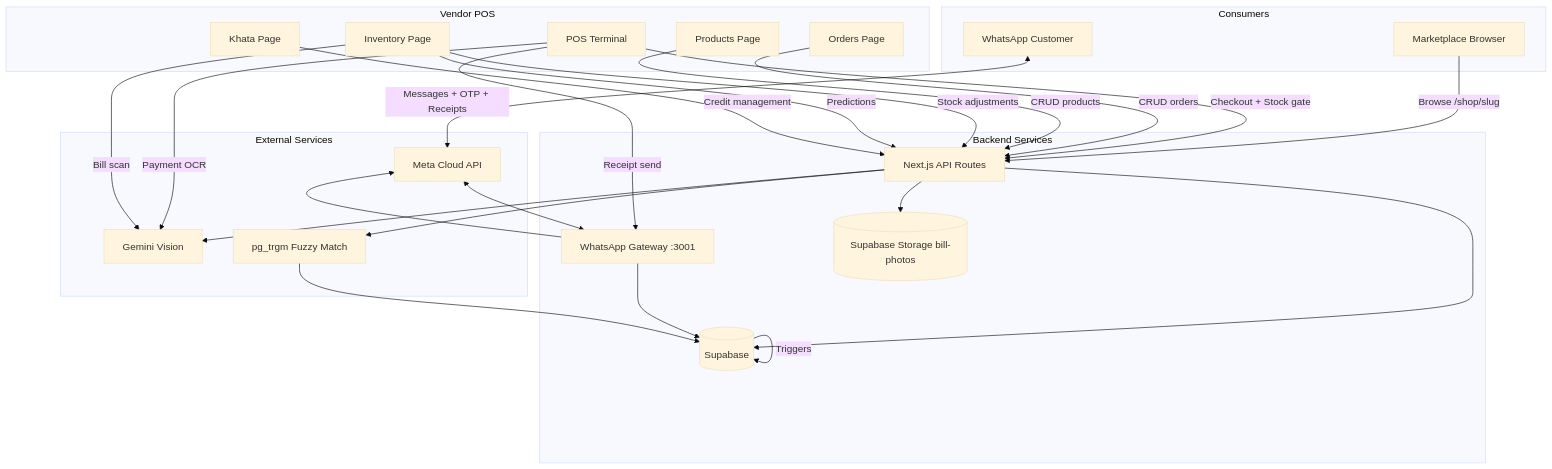
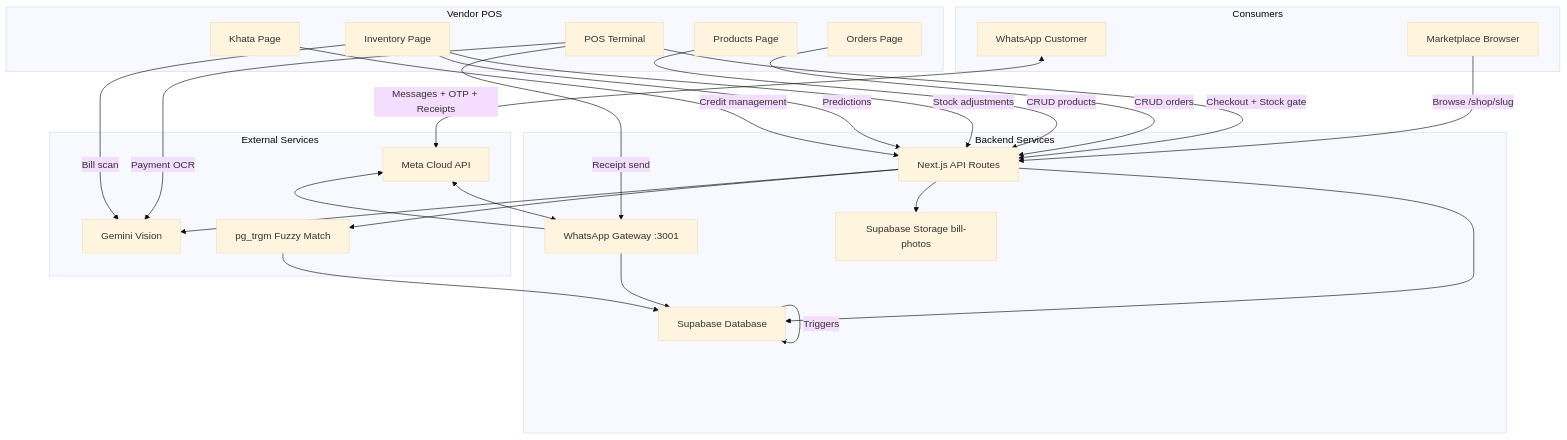
Before and after one commit to gstposbhutan/edgePOS: diagram 15 of 16 in docs/USER_FLOWS.md, drawn with Mermaid (base theme). The commit also changed other lines of this file, not shown here.

First line of the commit message:
fix: escape special characters in Mermaid diagrams for VS Code rendering

````diff
--- a/docs/USER_FLOWS.md
+++ b/docs/USER_FLOWS.md
@@ -570,53 +570,53 @@
 ```mermaid
 graph TB
     subgraph CONSUMERS[Consumers]
         C1[Marketplace Browser]
         C2[WhatsApp Customer]
     end
     
     subgraph VENDOR[Vendor POS]
         POS[POS Terminal]
         ORD[Orders Page]
         PROD[Products Page]
         INV[Inventory Page]
         KHA[Khata Page]
     end
     
     subgraph BACKEND[Backend Services]
         API[Next.js API Routes]
-        GW[WhatsApp Gateway :3001]
-        SUPA[(Supabase)]
-        STORE[(Supabase Storage bill-photos)]
+        GW["WhatsApp Gateway :3001"]
+        SUPA["Supabase Database"]
+        STORE["Supabase Storage bill-photos"]
     end
     
     subgraph EXTERNAL[External Services]
         META[Meta Cloud API]
         GEMINI[Gemini Vision]
         PGTRGM[pg_trgm Fuzzy Match]
     end
     
-    C1 --> |Browse /shop/slug| API
-    C2 <--> |Messages + OTP + Receipts| META
+    C1 --> |"Browse /shop/slug"| API
+    C2 <--> |"Messages + OTP + Receipts"| META
     META <--> GW
     
-    POS --> |Checkout + Stock gate| API
+    POS --> |"Checkout + Stock gate"| API
     POS --> |Payment OCR| GEMINI
     POS --> |Receipt send| GW
     
     ORD --> |CRUD orders| API
     PROD --> |CRUD products| API
     INV --> |Stock adjustments| API
     INV --> |Bill scan| GEMINI
     INV --> |Predictions| API
     KHA --> |Credit management| API
     
     API --> SUPA
     GW --> SUPA
     GW --> META
     API --> GEMINI
     API --> PGTRGM
     API --> STORE
     
     SUPA --> |Triggers| SUPA
     PGTRGM --> SUPA
 ```
````
